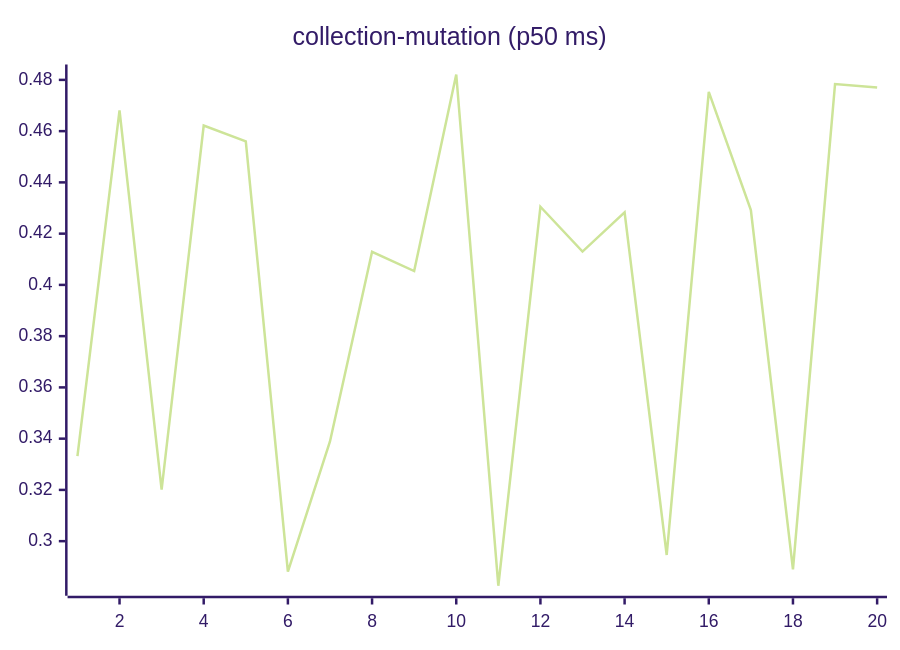
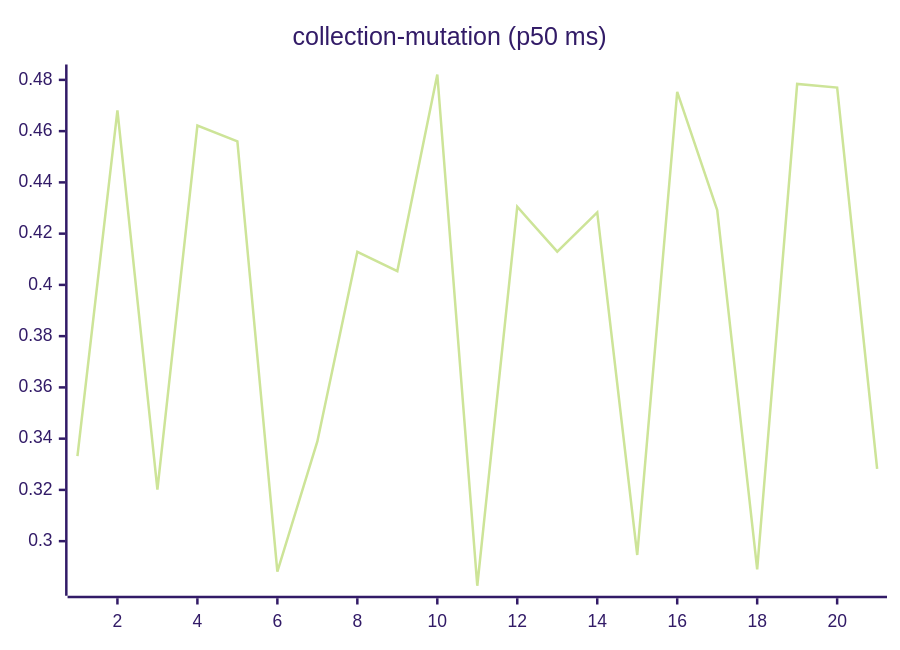
One commit to josha/Facet changed the sixth of 27 diagrams in README.md. Above: the diagram before and after it, drawn with Mermaid (forest theme). The commit also changed other lines of this file and 2 other files, not shown here.

````diff
--- a/README.md
+++ b/README.md
@@ -98,6 +98,6 @@
 ```mermaid
 xychart-beta
     title "collection-mutation (p50 ms)"
-    x-axis 1 --> 20
-    line [0.3332, 0.4681, 0.3201, 0.4622, 0.4560, 0.2881, 0.3389, 0.4129, 0.4054, 0.4821, 0.2826, 0.4305, 0.4130, 0.4283, 0.2946, 0.4753, 0.4292, 0.2890, 0.4784, 0.4770]
+    x-axis 1 --> 21
+    line [0.3332, 0.4681, 0.3201, 0.4622, 0.4560, 0.2881, 0.3389, 0.4129, 0.4054, 0.4821, 0.2826, 0.4305, 0.4130, 0.4283, 0.2946, 0.4753, 0.4292, 0.2890, 0.4784, 0.4770, 0.3282]
 ```
````
